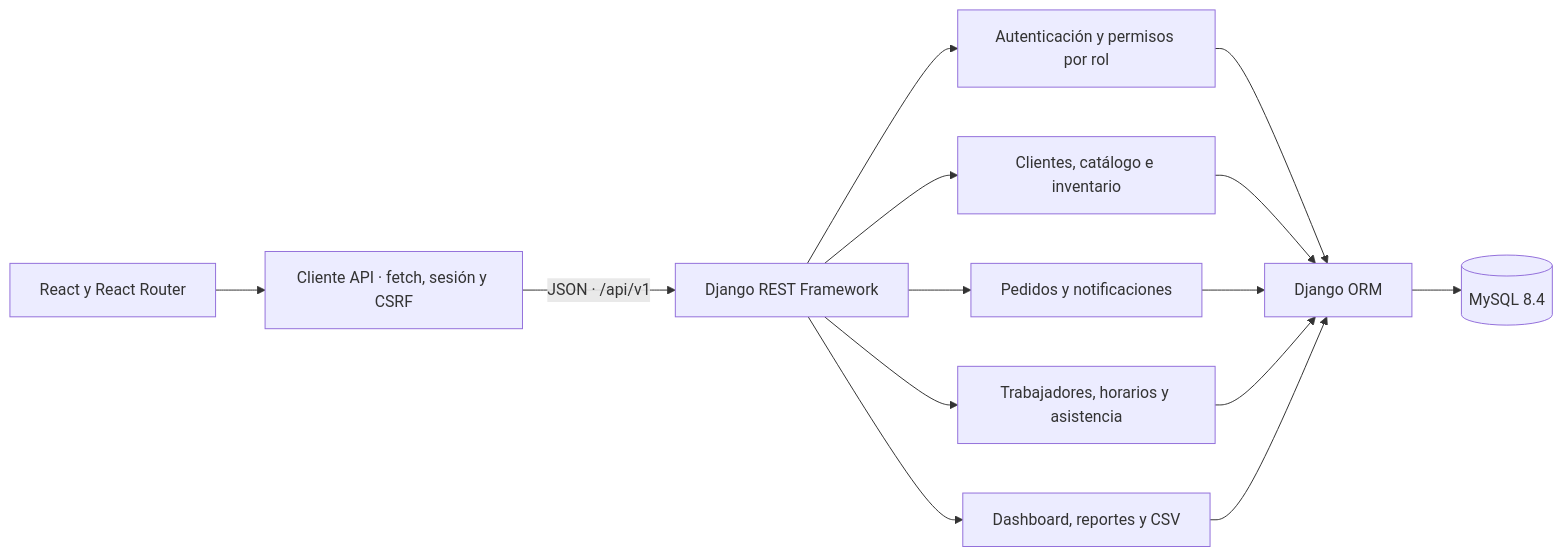
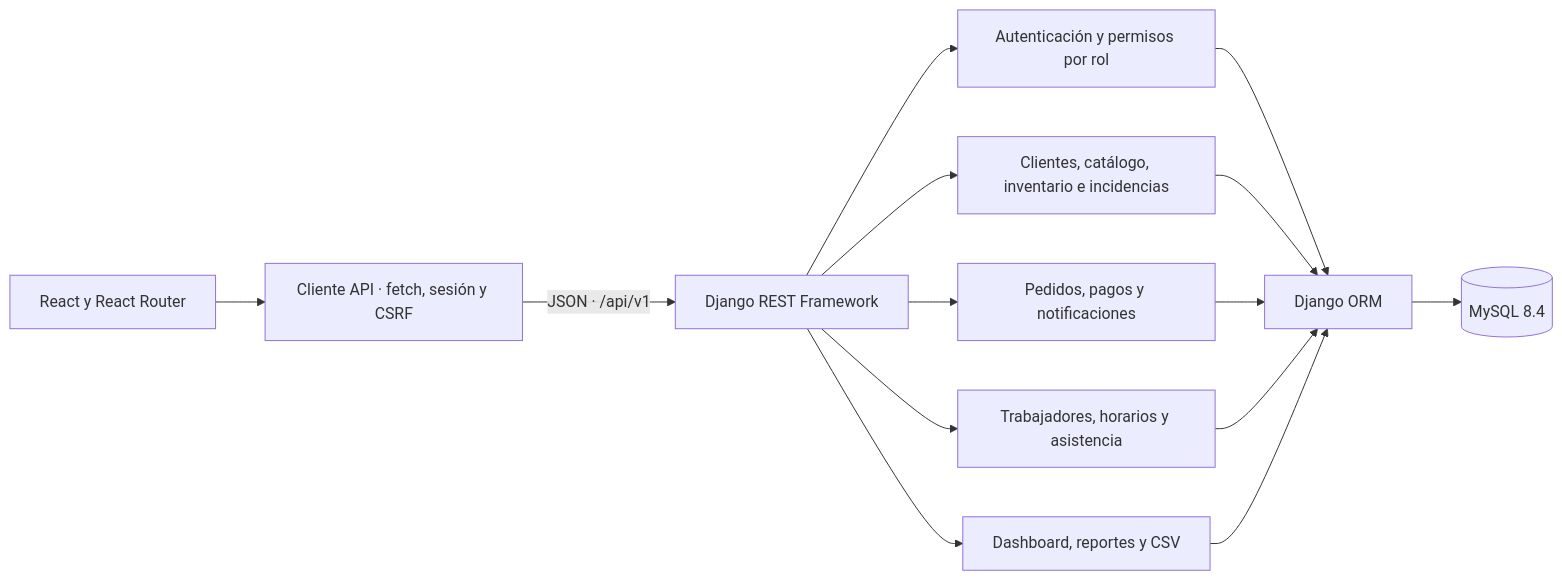
The first of 2 diagrams in docs/arquitectura.md (alexvilcaq-creator/Control360), drawn with Mermaid before and after one commit. The commit also changed other lines of this file and 50 other files, not shown here.

Commit message:
Integra POS, pagos, incidencias y asistencia supervisada

````diff
--- a/docs/arquitectura.md
+++ b/docs/arquitectura.md
@@ -5,16 +5,16 @@
 ```mermaid
 flowchart LR
   UI["React y React Router"] --> Client["Cliente API · fetch, sesión y CSRF"]
   Client -->|"JSON · /api/v1"| DRF["Django REST Framework"]
   DRF --> Auth["Autenticación y permisos por rol"]
-  DRF --> Catalog["Clientes, catálogo e inventario"]
-  DRF --> Orders["Pedidos y notificaciones"]
+  DRF --> Catalog["Clientes, catálogo, inventario e incidencias"]
+  DRF --> Orders["Pedidos, pagos y notificaciones"]
   DRF --> Team["Trabajadores, horarios y asistencia"]
   DRF --> Reports["Dashboard, reportes y CSV"]
   Auth --> ORM["Django ORM"]
   Catalog --> ORM
   Orders --> ORM
   Team --> ORM
   Reports --> ORM
   ORM --> MySQL[("MySQL 8.4")]
 ```
````
